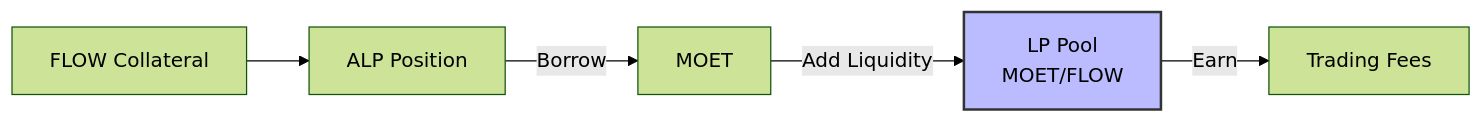
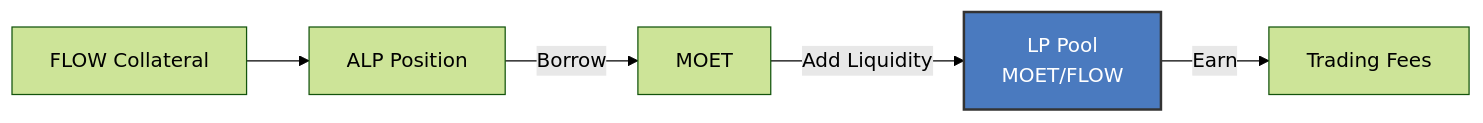
The seventh of 11 diagrams in docs/defi/alp/moet-role.md (onflow/docs), drawn with Mermaid (forest theme) before and after one commit. The commit also changed other lines of this file and 12 other files, not shown here.

````diff
--- a/docs/defi/alp/moet-role.md
+++ b/docs/defi/alp/moet-role.md
@@ -181,9 +179,9 @@
 ```mermaid
 graph LR
     Collateral[FLOW Collateral] --> ALP[ALP Position]
     ALP -->|Borrow| MOET[MOET]
     MOET -->|Add Liquidity| LP[LP Pool<br/>MOET/FLOW]
     LP -->|Earn| Fees[Trading Fees]
 
-    style LP fill:#bbf,stroke:#333,stroke-width:2px
+    style LP fill:#4a7abf,stroke:#333,stroke-width:2px,color:#fff
 ```
````
